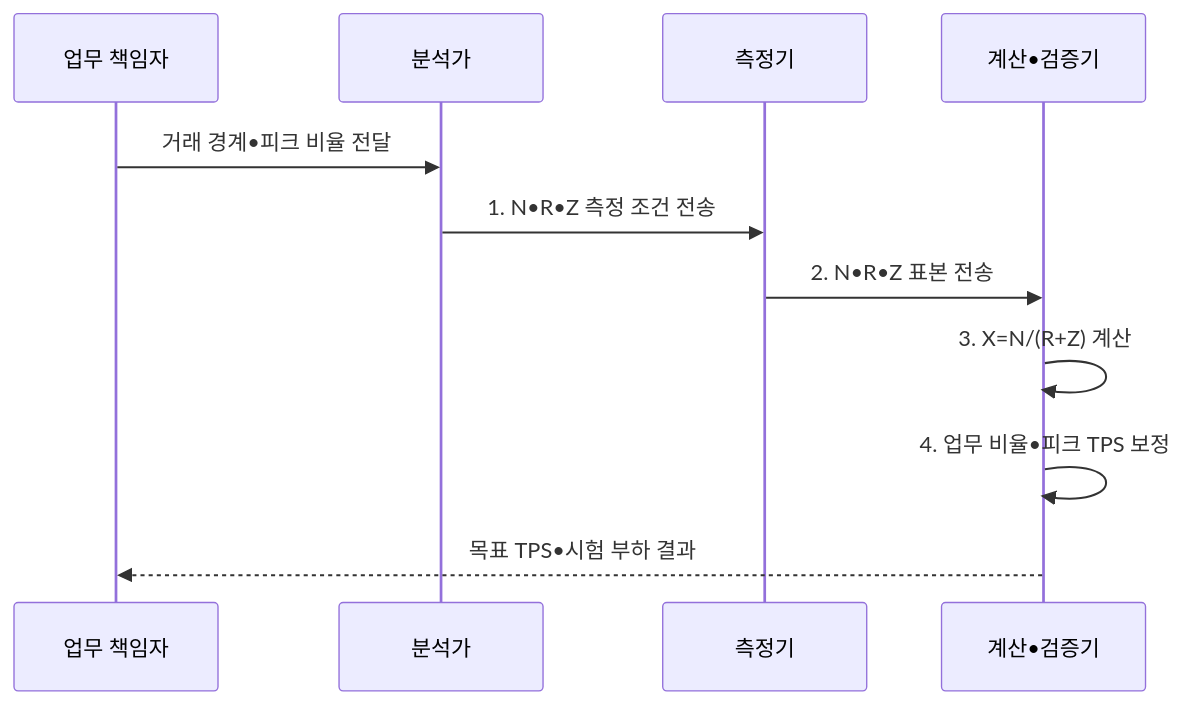
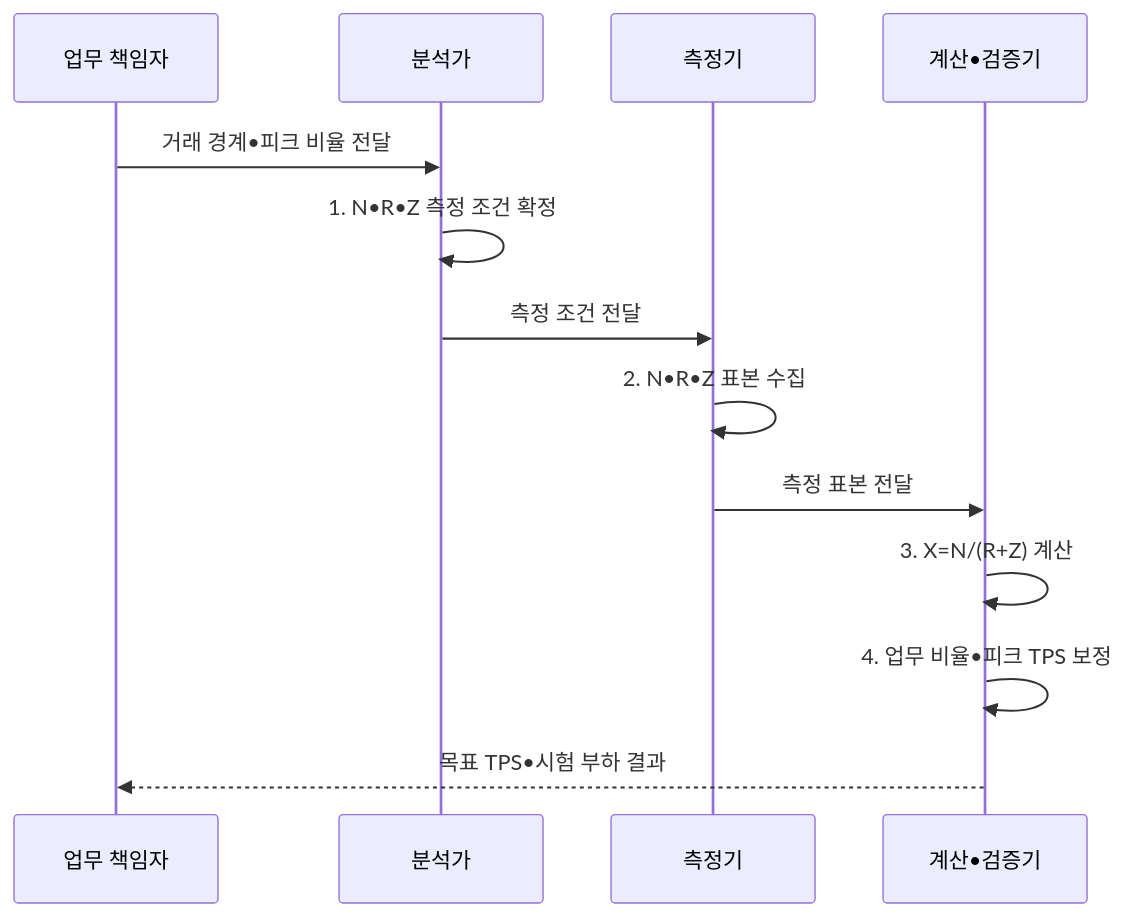
One commit to agnusdei1207/knowledge-base changed the second of 2 diagrams in src/content/docs/notes/06-evaluation/007_tps_calculation.md. Above: the diagram before and after it, drawn with Mermaid. The commit also changed other lines of this file and 20 other files, not shown here.

````diff
--- a/src/content/docs/notes/06-evaluation/007_tps_calculation.md
+++ b/src/content/docs/notes/06-evaluation/007_tps_calculation.md
@@ -100,13 +100,15 @@
 ```mermaid
 sequenceDiagram
   participant O as 업무 책임자
   participant A as 분석가
   participant M as 측정기
   participant C as 계산•검증기
   O->>A: 거래 경계•피크 비율 전달
-  A->>M: 1. N•R•Z 측정 조건 전송
-  M->>C: 2. N•R•Z 표본 전송
+  A->>A: 1. N•R•Z 측정 조건 확정
+  A->>M: 측정 조건 전달
+  M->>M: 2. N•R•Z 표본 수집
+  M->>C: 측정 표본 전달
   C->>C: 3. X=N/(R+Z) 계산
   C->>C: 4. 업무 비율•피크 TPS 보정
   C-->>O: 목표 TPS•시험 부하 결과
 ```
````
